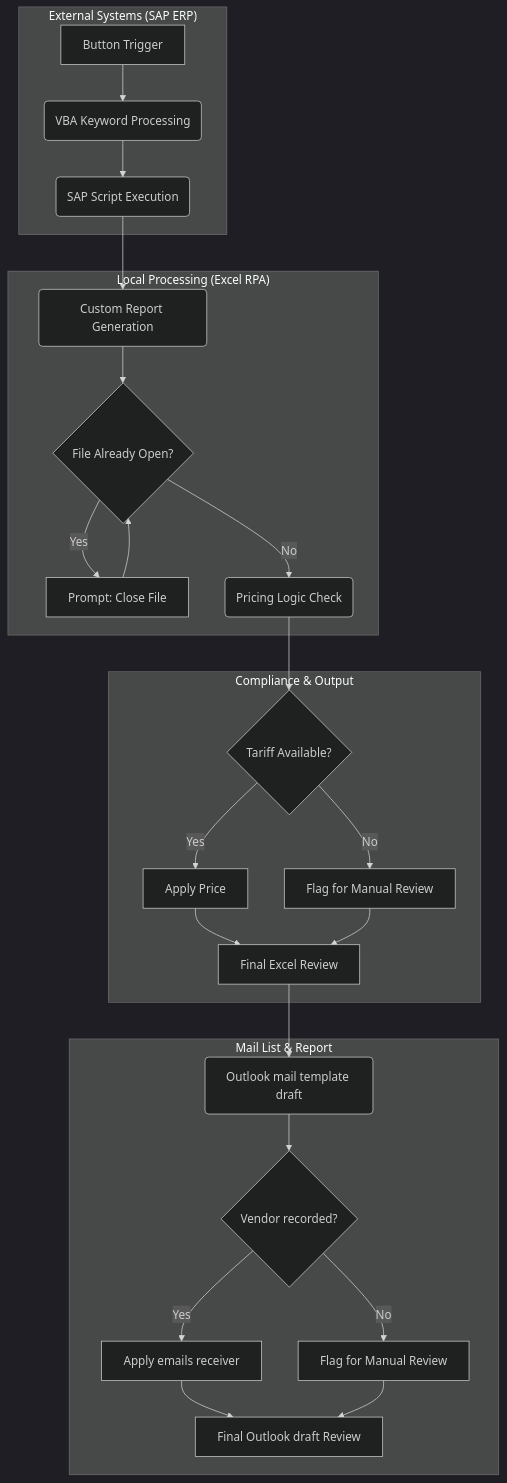
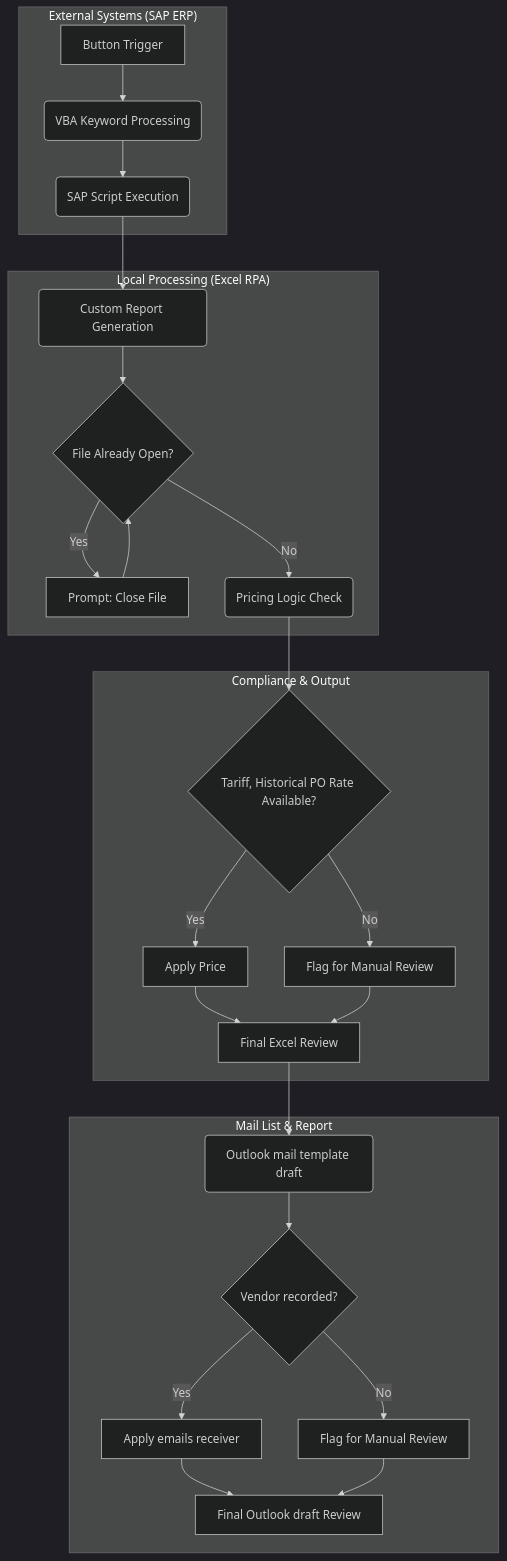
Before and after one commit to vinch-dev/pdd-tprm-automation: the diagram in README.md, drawn with Mermaid (dark theme). The commit also changed other lines of this file, not shown here.

````diff
--- a/README.md
+++ b/README.md
@@ -9,29 +9,29 @@
 ```mermaid
 graph TD
     subgraph "External Systems (SAP ERP)"
         A[Button Trigger] --> B(VBA Keyword Processing)
         B --> C(SAP Script Execution)
     end
     subgraph "Local Processing (Excel RPA)"
         C --> D(Custom Report Generation)
         D --> E{File Already Open?}
         E -->|Yes| G[Prompt: Close File]
         G --> E
         E -->|No| H(Pricing Logic Check)
     end
     subgraph "Compliance & Output"
-        H --> I{Tariff Available?}
+        H --> I{Tariff, Historical PO Rate Available?}
         I -->|Yes| J[Apply Price]
         I -->|No| K[Flag for Manual Review]
         J --> L[Final Excel Review]
         K --> L
     end
     subgraph "Mail List & Report"
         L--> M(Outlook mail template draft)
         M--> N{Vendor recorded?}
         N -->|Yes| O[Apply emails receiver]
         N -->|No| P[Flag for Manual Review]
         O --> Q[Final Outlook draft Review]
         P --> Q
     end
 ```
````
